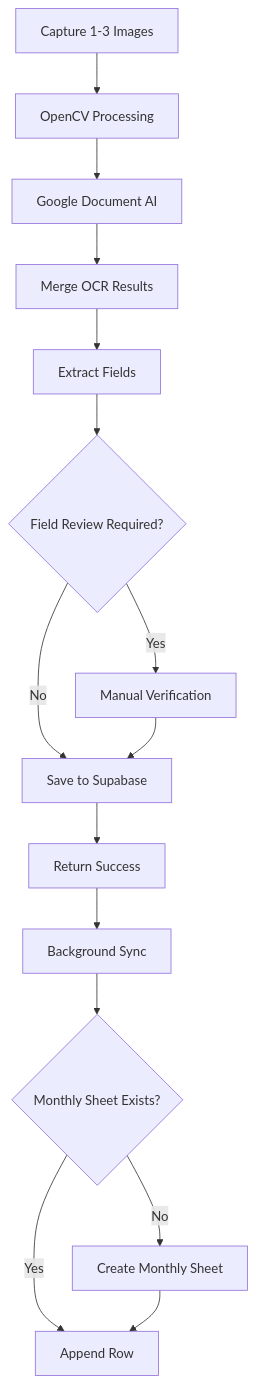
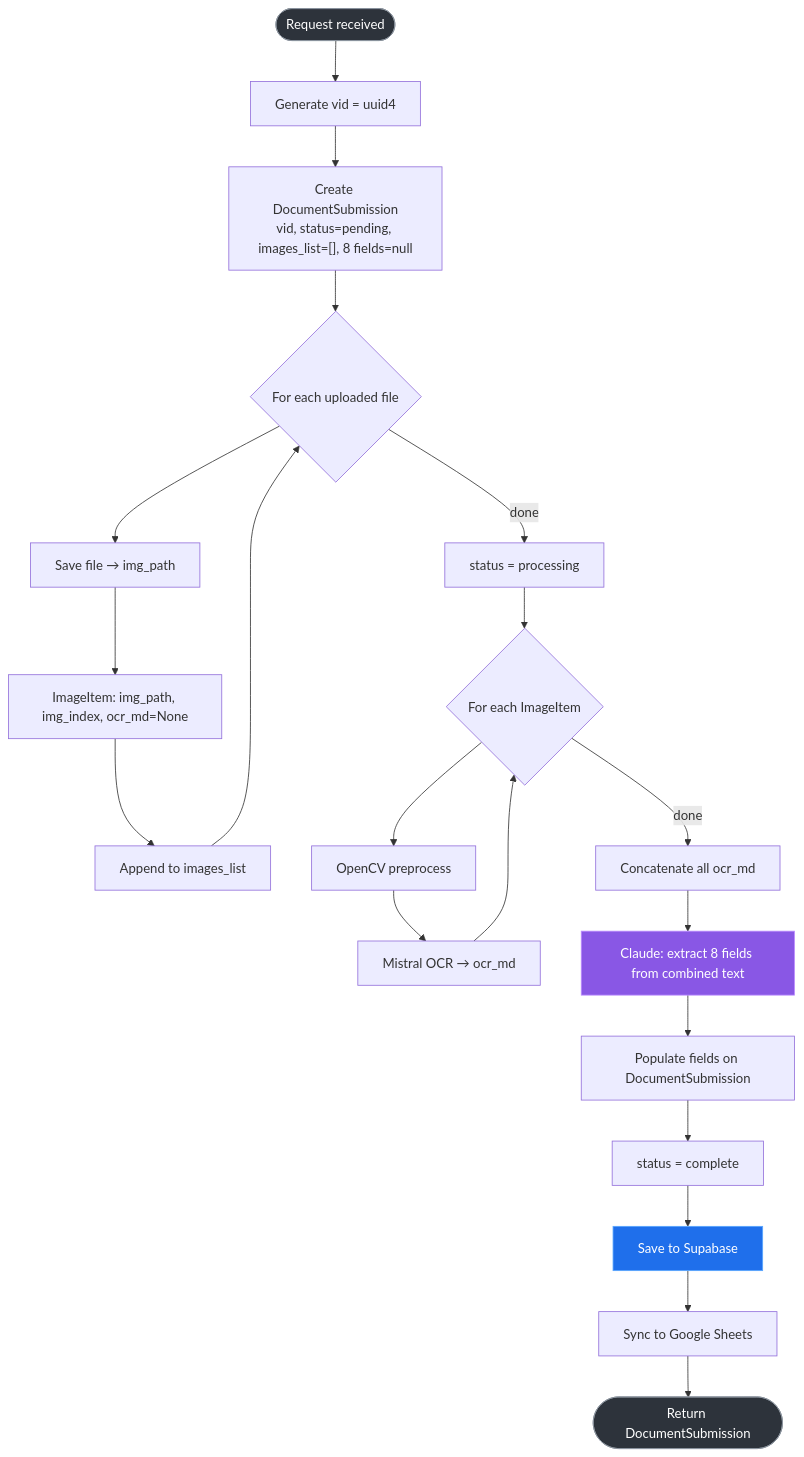
The third of 3 diagrams in docs/README.md (suchitnagarnigam-star/Daak), drawn with Mermaid before and after one commit. The commit also changed other lines of this file and 76 other files, not shown here.

````diff
--- a/docs/README.md
+++ b/docs/README.md
@@ -61,17 +267,27 @@
-``` mermaid
+```mermaid
 flowchart TD
-A[Capture 1-3 Images] --> B[OpenCV Processing]
-B --> C[Google Document AI]
-C --> D[Merge OCR Results]
-D --> E[Extract Fields]
-E --> F{Field Review Required?}
-F -->|No| G[Save to Supabase]
-F -->|Yes| H[Manual Verification]
-H --> G
-G --> I[Return Success]
-I --> J[Background Sync]
-J --> K{Monthly Sheet Exists?}
-K -->|Yes| L[Append Row]
-K -->|No| M[Create Monthly Sheet]
-M --> L
+    A([Request received]) --> B[Generate vid = uuid4]
+    B --> C["Create DocumentSubmission\nvid, status=pending, images_list=[], 8 fields=null"]
+    C --> D{For each uploaded file}
+    D --> E[Save file → img_path]
+    E --> F["ImageItem: img_path, img_index, ocr_md=None"]
+    F --> G[Append to images_list]
+    G --> D
+    D -->|done| H[status = processing]
+    H --> I{For each ImageItem}
+    I --> J[OpenCV preprocess]
+    J --> K[Mistral OCR → ocr_md]
+    K --> I
+    I -->|done| L[Concatenate all ocr_md]
+    L --> M[Claude: extract 8 fields from combined text]
+    M --> N[Populate fields on DocumentSubmission]
+    N --> O[status = complete]
+    O --> P[Save to Supabase]
+    P --> Q[Sync to Google Sheets]
+    Q --> R([Return DocumentSubmission])
+
+    style A fill:#2d333b,stroke:#8b949e,color:#fff
+    style R fill:#2d333b,stroke:#8b949e,color:#fff
+    style M fill:#8957e5,stroke:#bc8cff,color:#fff
+    style P fill:#1f6feb,stroke:#58a6ff,color:#fff
 ```
````
